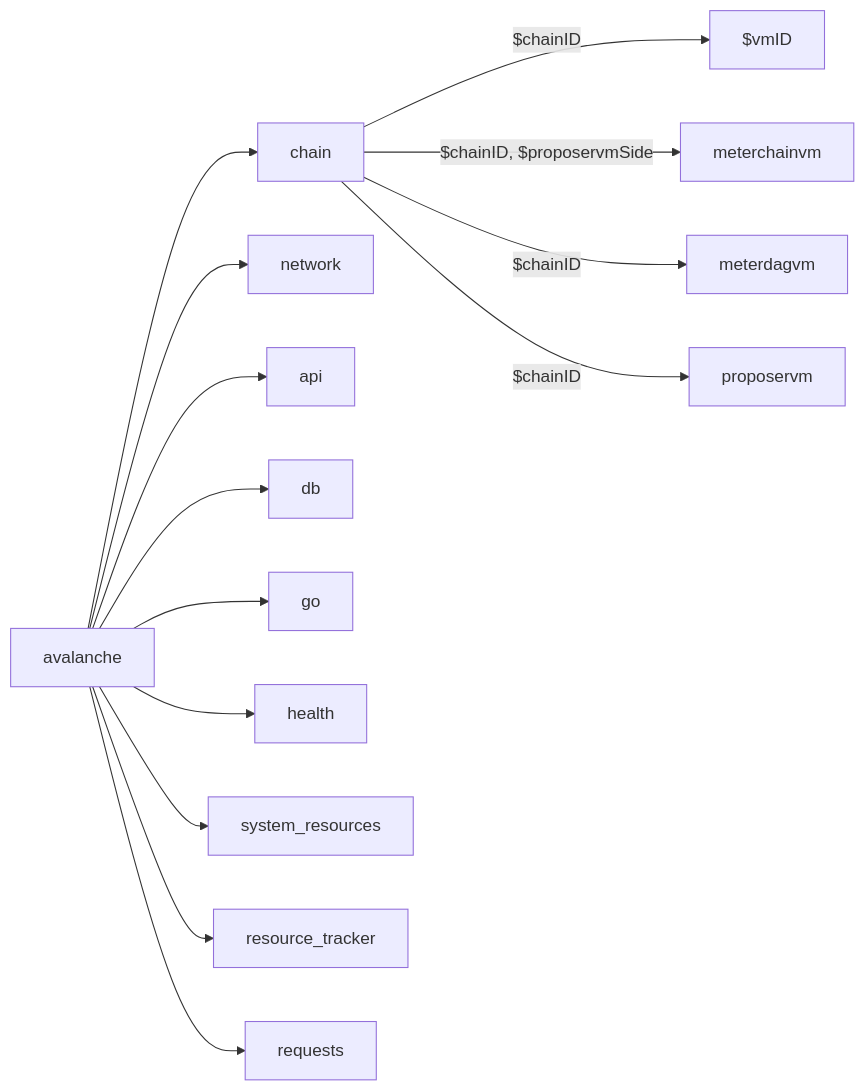
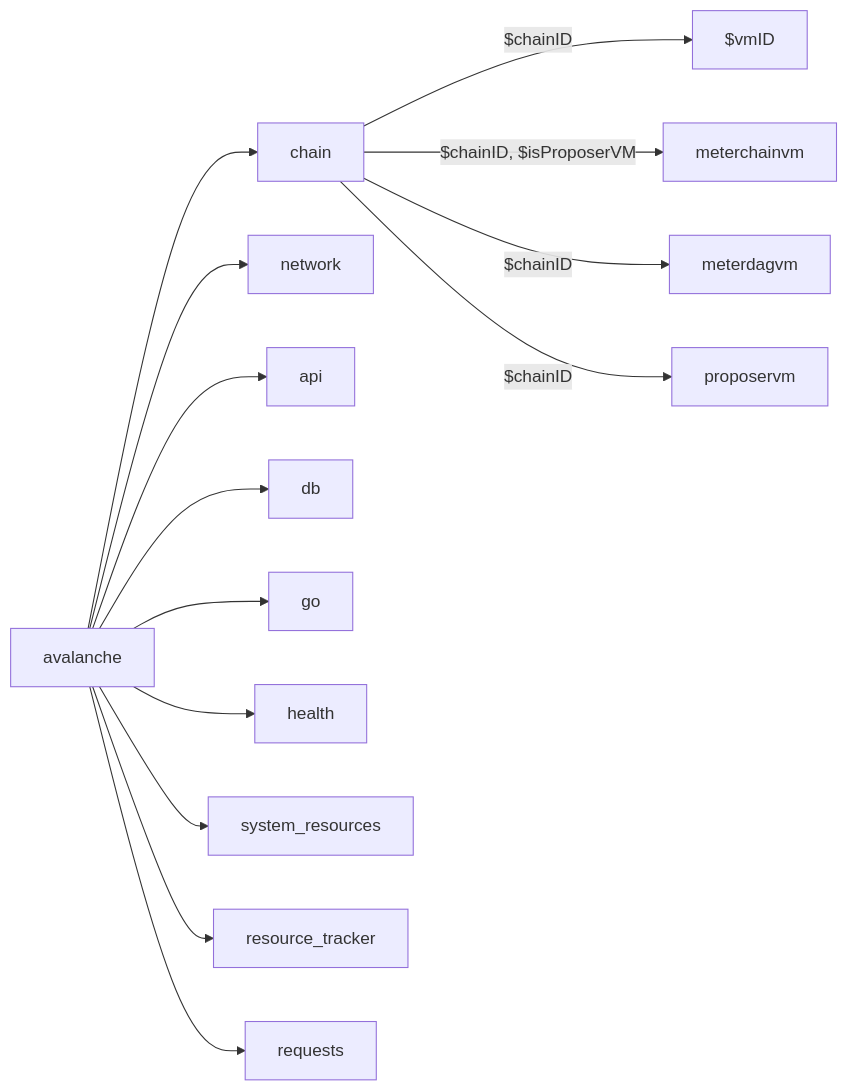
One commit to ava-labs/avalanchego changed the diagram in api/metrics/README.md. Above: the diagram before and after it, drawn with Mermaid.

````diff
--- a/api/metrics/README.md
+++ b/api/metrics/README.md
@@ -3,16 +3,16 @@
 ```mermaid
 graph LR
     A[avalanche] --> B[chain]
     A --> C[network]
     A --> D[api]
     A --> E[db]
     A --> F[go]
     A --> G[health]
     A --> H[system_resources]
     A --> I[resource_tracker]
     A --> J[requests]
     B -- $chainID --> K[$vmID]
-    B -- $chainID, $proposervmSide --> L[meterchainvm]
+    B -- $chainID, $isProposerVM --> L[meterchainvm]
     B -- $chainID --> M[meterdagvm]
     B -- $chainID --> N[proposervm]
 ```
````
